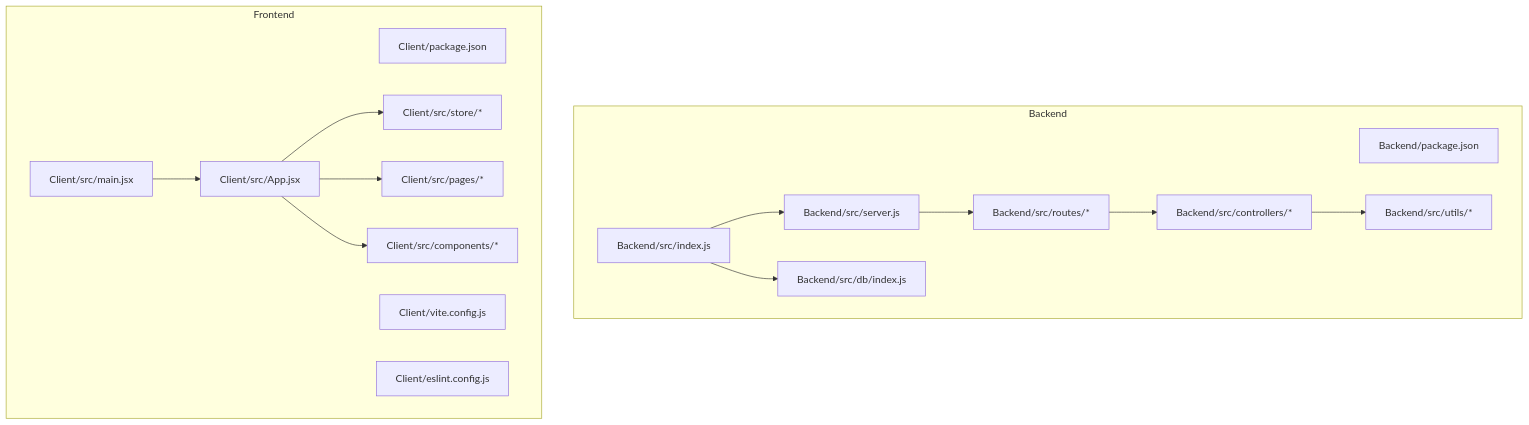
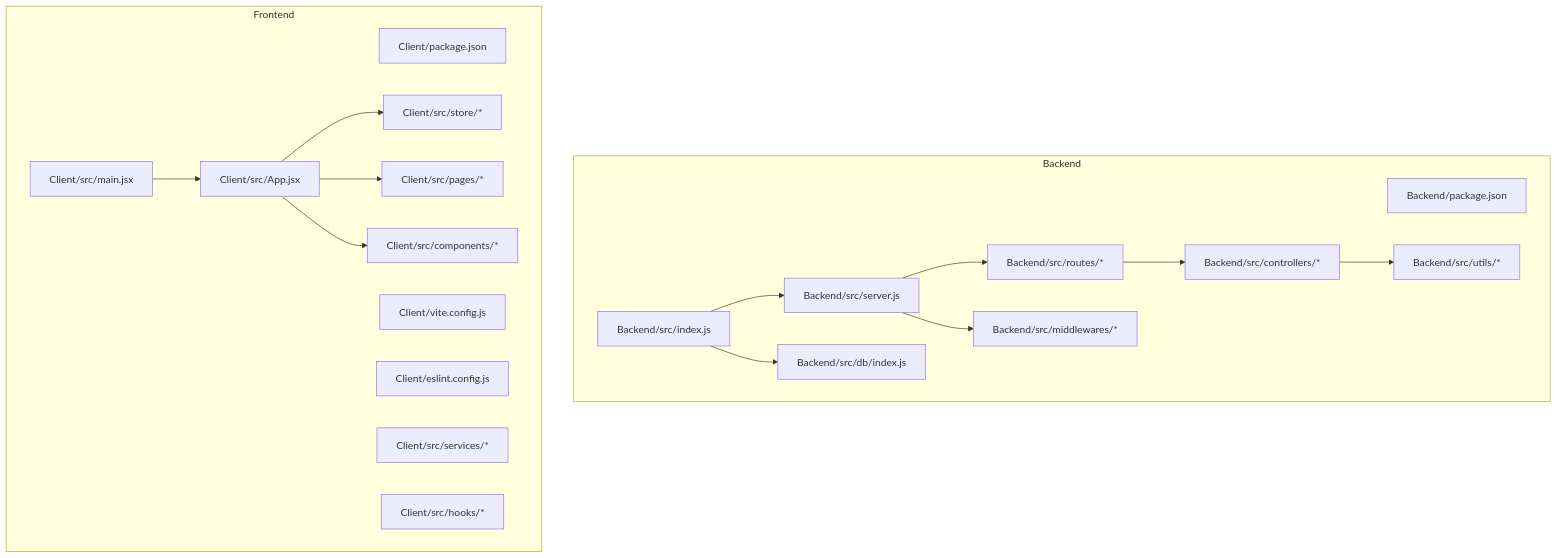
The first of 11 diagrams in .qoder/repowiki/en/content/Development Workflow.md (Aryan9060/Timetable-Project), drawn with Mermaid before and after one commit. The commit also changed other lines of this file and 7 other files, not shown here.

````diff
--- a/.qoder/repowiki/en/content/Development Workflow.md
+++ b/.qoder/repowiki/en/content/Development Workflow.md
@@ -45,31 +60,35 @@
 ```mermaid
 graph TB
 subgraph "Backend"
 BE_PKG["Backend/package.json"]
 BE_INDEX["Backend/src/index.js"]
 BE_SERVER["Backend/src/server.js"]
 BE_DB["Backend/src/db/index.js"]
 BE_UTILS["Backend/src/utils/*"]
 BE_CONTROLLERS["Backend/src/controllers/*"]
 BE_ROUTES["Backend/src/routes/*"]
+BE_MIDDLEWARES["Backend/src/middlewares/*"]
 end
 subgraph "Frontend"
 FE_PKG["Client/package.json"]
 FE_VITE["Client/vite.config.js"]
 FE_ESLINT["Client/eslint.config.js"]
 FE_MAIN["Client/src/main.jsx"]
 FE_APP["Client/src/App.jsx"]
 FE_STORE["Client/src/store/*"]
 FE_PAGES["Client/src/pages/*"]
 FE_COMPONENTS["Client/src/components/*"]
+FE_SERVICES["Client/src/services/*"]
+FE_HOOKS["Client/src/hooks/*"]
 end
 FE_MAIN --> FE_APP
 FE_APP --> FE_STORE
 FE_APP --> FE_PAGES
 FE_APP --> FE_COMPONENTS
 BE_INDEX --> BE_SERVER
 BE_INDEX --> BE_DB
 BE_SERVER --> BE_ROUTES
 BE_ROUTES --> BE_CONTROLLERS
 BE_CONTROLLERS --> BE_UTILS
+BE_SERVER --> BE_MIDDLEWARES
 ```
````
